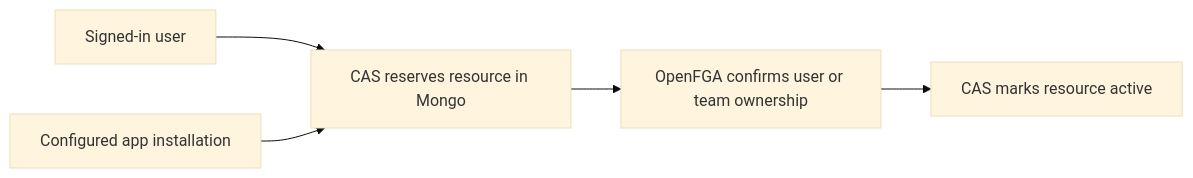
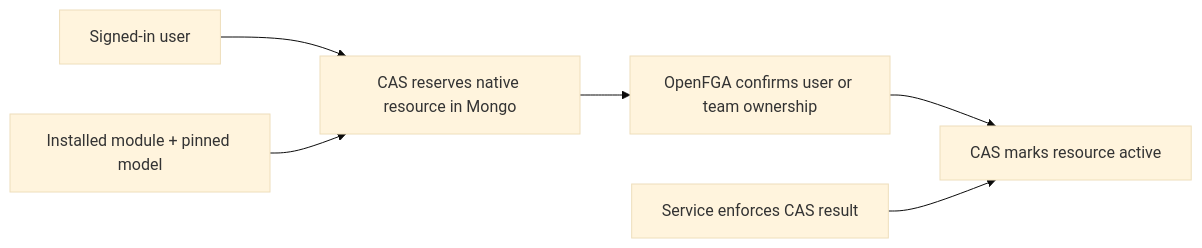
One commit to caipe-io/ai-platform-engineering changed the second of 2 diagrams in docs/docs/security/rbac/access-api.md. Above: the diagram before and after it, drawn with Mermaid (base theme). The commit also changed other lines of this file and 60 other files, not shown here.

First line of the commit message:
feat(authz): use native OpenFGA types for service resources

````diff
--- a/docs/docs/security/rbac/access-api.md
+++ b/docs/docs/security/rbac/access-api.md
@@ -89,7 +82,8 @@
 ```mermaid
 flowchart LR
-    U["Signed-in user"] --> R["CAS reserves resource in Mongo"]
-    I["Configured app installation"] --> R
+    U["Signed-in user"] --> R["CAS reserves native resource in Mongo"]
+    I["Installed module + pinned model"] --> R
     R --> F["OpenFGA confirms user or team ownership"]
     F --> A["CAS marks resource active"]
+    S["Service enforces CAS result"] --> A
 ```
````
